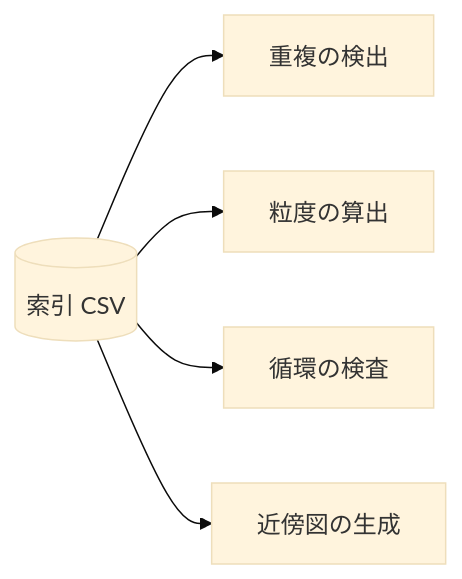
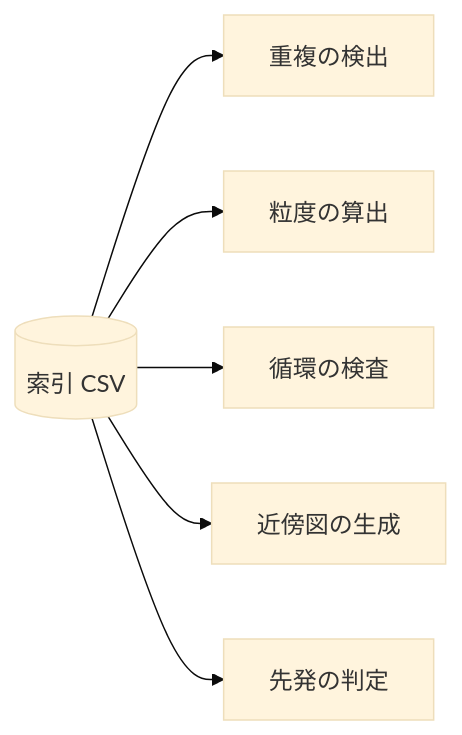
Before and after one commit to gameundwatch/codifier: the second of 2 diagrams in docs/archivist/L3_structures/index-format.md, drawn with Mermaid (base theme). The commit also changed other lines of this file and 11 other files, not shown here.

````diff
--- a/docs/archivist/L3_structures/index-format.md
+++ b/docs/archivist/L3_structures/index-format.md
@@ -27,7 +28,8 @@
 ```mermaid
 flowchart LR
     C[(索引 CSV)] --> U1[重複の検出]
     C --> U2[粒度の算出]
     C --> U3[循環の検査]
     C --> U4[近傍図の生成]
+    C --> U5[先発の判定]
 ```
````
